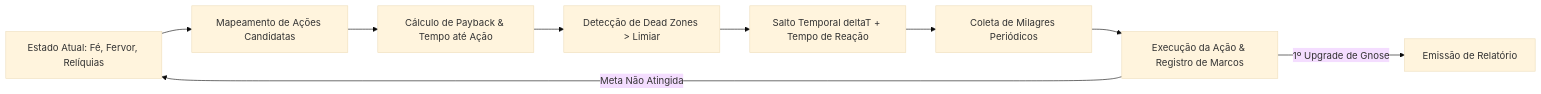
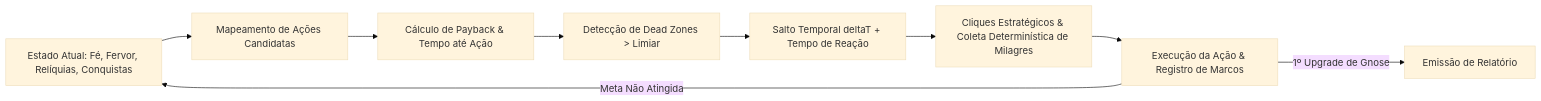
One commit to yuhohah/wmdg changed the diagram in Base/METODOLOGIA_CALCULO_PROGRESSAO.md. Above: the diagram before and after it, drawn with Mermaid (base theme). The commit also changed other lines of this file and 28 other files, not shown here.

````diff
--- a/Base/METODOLOGIA_CALCULO_PROGRESSAO.md
+++ b/Base/METODOLOGIA_CALCULO_PROGRESSAO.md
@@ -11,11 +11,11 @@
 ```mermaid
 flowchart LR
-    A[Estado Atual: Fé, Fervor, Relíquias] --> B[Mapeamento de Ações Candidatas]
+    A[Estado Atual: Fé, Fervor, Relíquias, Conquistas] --> B[Mapeamento de Ações Candidatas]
     B --> C[Cálculo de Payback & Tempo até Ação]
     C --> D[Detecção de Dead Zones > Limiar]
     D --> E[Salto Temporal deltaT + Tempo de Reação]
-    E --> F[Coleta de Milagres Periódicos]
+    E --> F[Cliques Estratégicos & Coleta Determinística de Milagres]
     F --> G[Execução da Ação & Registro de Marcos]
     G -->|Meta Não Atingida| A
     G -->|1º Upgrade de Gnose| H[Emissão de Relatório]
 ```
````
